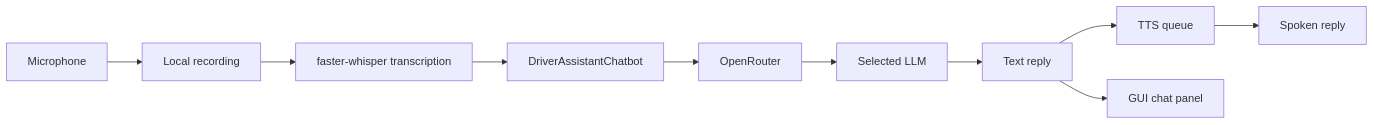
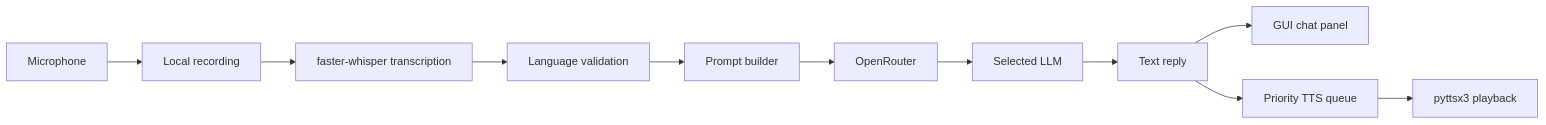
The second of 2 diagrams in README.md (CS731-2026/project-1-emotion-aware-chatbot-team-6), drawn with Mermaid before and after one commit. The commit also changed other lines of this file and 4 other files, not shown here.

````diff
--- a/README.md
+++ b/README.md
@@ -82,12 +223,13 @@
 ```mermaid
 flowchart LR
     A["Microphone"] --> B["Local recording"]
     B --> C["faster-whisper transcription"]
-    C --> D["DriverAssistantChatbot"]
-    D --> E["OpenRouter"]
-    E --> F["Selected LLM"]
-    F --> G["Text reply"]
-    G --> H["TTS queue"]
-    H --> I["Spoken reply"]
-    G --> J["GUI chat panel"]
+    C --> D["Language validation"]
+    D --> E["Prompt builder"]
+    E --> F["OpenRouter"]
+    F --> G["Selected LLM"]
+    G --> H["Text reply"]
+    H --> I["GUI chat panel"]
+    H --> J["Priority TTS queue"]
+    J --> K["pyttsx3 playback"]
 ```
````
